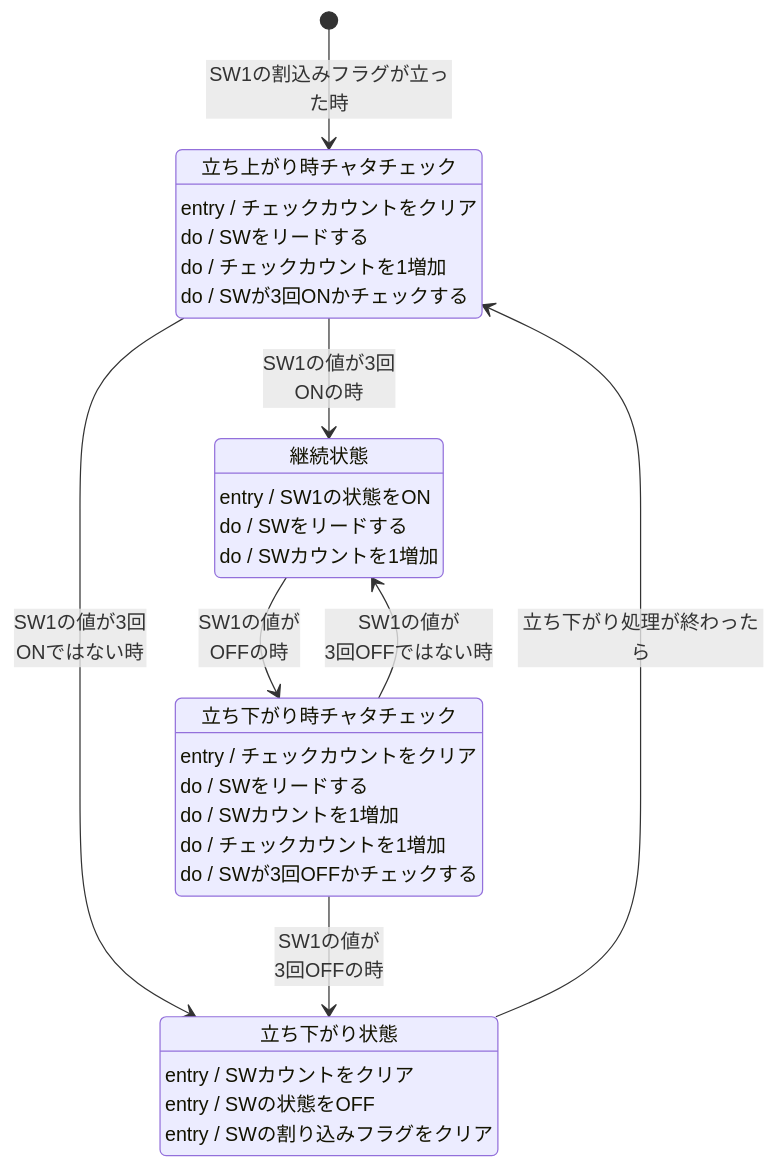
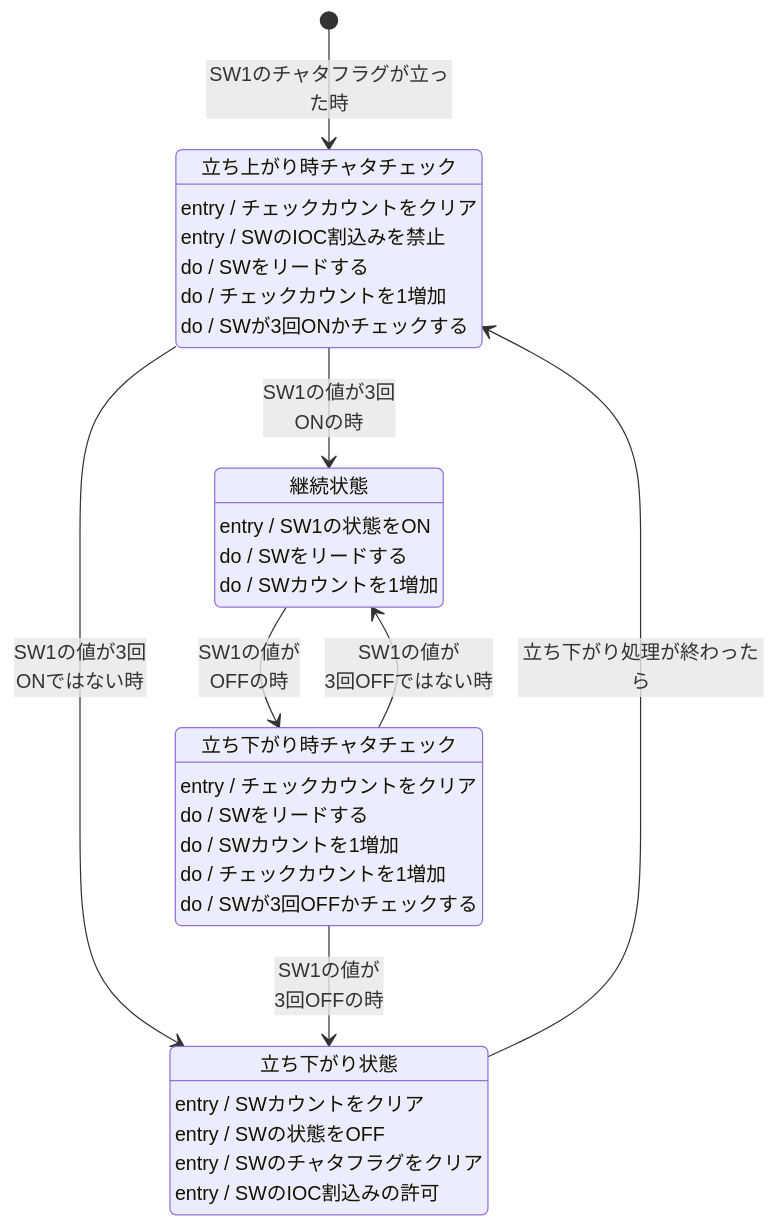
One commit to hakohumi/comp.Kitchen_Timer changed the diagram in 資料/設計/フローチャート/flow_timer_mermaid.md. Above: the diagram before and after it, drawn with Mermaid. The commit also changed 4 other files, not shown here.

````diff
--- a/資料/設計/フローチャート/flow_timer_mermaid.md
+++ b/資料/設計/フローチャート/flow_timer_mermaid.md
@@ -3,40 +3,42 @@
 ``` mermaid
 
 stateDiagram-v2
 
 risechatta : 立ち上がり時チャタチェック
 risechatta : entry / チェックカウントをクリア
+risechatta : entry / SWのIOC割込みを禁止
 risechatta : do / SWをリードする
 risechatta : do / チェックカウントを1増加
 risechatta : do / SWが3回ONかチェックする
 
 ongoing : 継続状態
 ongoing : entry / SW1の状態をON
 ongoing : do / SWをリードする
 ongoing : do / SWカウントを1増加
 
 fallchatta : 立ち下がり時チャタチェック
 fallchatta : entry / チェックカウントをクリア
 fallchatta : do / SWをリードする
 fallchatta : do / SWカウントを1増加
 fallchatta : do / チェックカウントを1増加
 fallchatta : do / SWが3回OFFかチェックする
 
 fallstate : 立ち下がり状態
 fallstate : entry / SWカウントをクリア
 fallstate : entry / SWの状態をOFF
-fallstate : entry / SWの割り込みフラグをクリア
+fallstate : entry / SWのチャタフラグをクリア
+fallstate : entry / SWのIOC割込みの許可
 
 
 
-[*] --> risechatta : SW1の割込みフラグが立った時
+[*] --> risechatta : SW1のチャタフラグが立った時
 risechatta --> ongoing : SW1の値が3回<br>ONの時
 risechatta --> fallstate : SW1の値が3回<br>ONではない時
 
 ongoing --> fallchatta : SW1の値が<br>OFFの時
 fallchatta --> ongoing : SW1の値が<br>3回OFFではない時
 fallchatta --> fallstate : SW1の値が<br>3回OFFの時
 
 fallstate --> risechatta : 立ち下がり処理が終わったら
 
 ```
````
